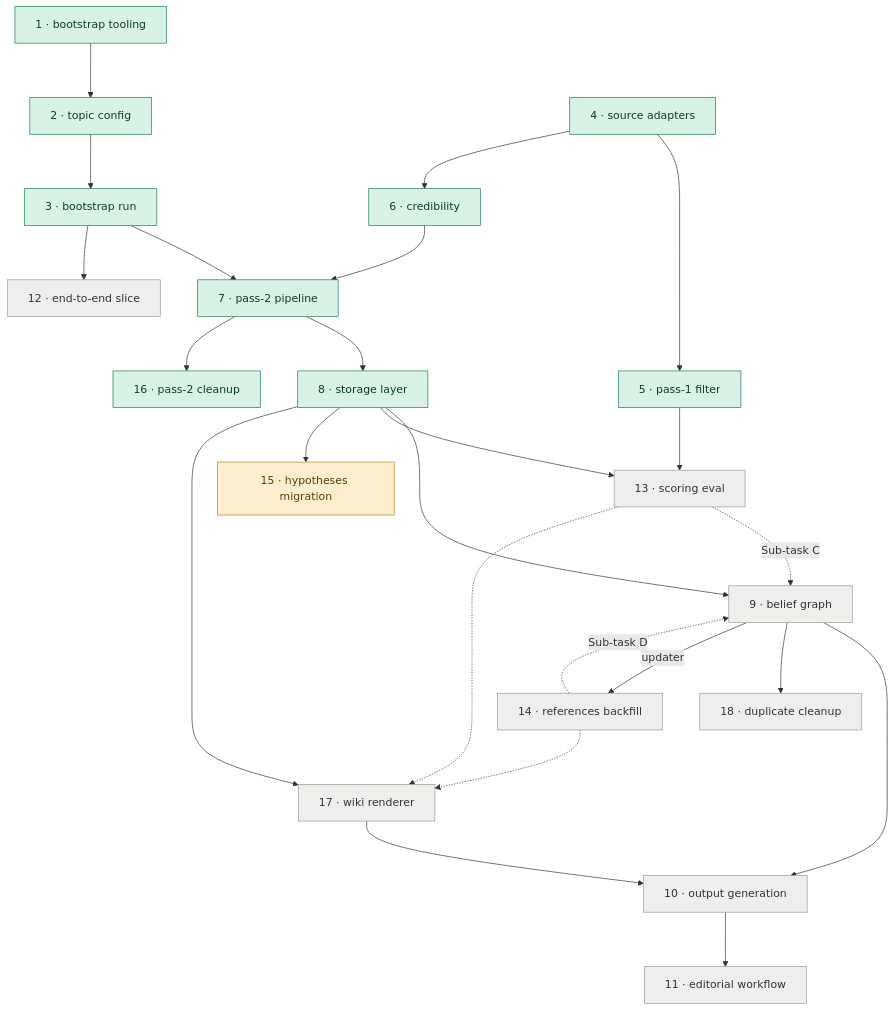
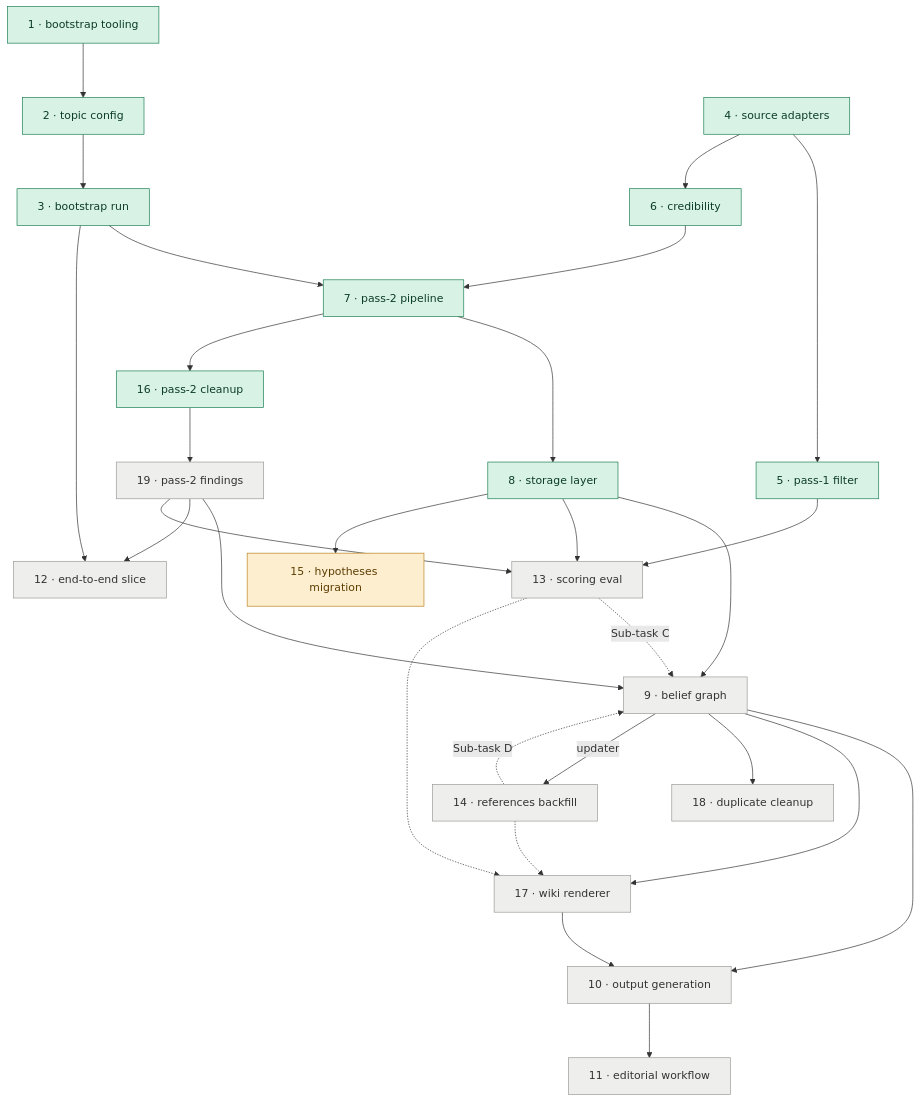
The diagram in docs/planning/README.md (jmamath/distill), drawn with Mermaid before and after one commit. The commit also changed other lines of this file and 7 other files, not shown here.

First line of the commit message:
Reframe pipeline around graph-first finding interpretation

````diff
--- a/docs/planning/README.md
+++ b/docs/planning/README.md
@@ -21,51 +21,56 @@
 ```mermaid
 %%{init: {'flowchart': {'nodeSpacing': 55, 'rankSpacing': 80}}}%%
 flowchart TB
     p1["1 · bootstrap tooling"]:::done
     p2["2 · topic config"]:::done
     p3["3 · bootstrap run"]:::done
     p4["4 · source adapters"]:::done
     p5["5 · pass-1 filter"]:::done
     p6["6 · credibility"]:::done
     p7["7 · pass-2 pipeline"]:::done
     p8["8 · storage layer"]:::done
     p16["16 · pass-2 cleanup"]:::done
     p15["15 · hypotheses migration"]:::doing
     p9["9 · belief graph"]:::backlog
     p10["10 · output generation"]:::backlog
     p11["11 · editorial workflow"]:::backlog
     p12["12 · end-to-end slice"]:::backlog
     p13["13 · scoring eval"]:::backlog
     p14["14 · references backfill"]:::backlog
     p17["17 · wiki renderer"]:::backlog
     p18["18 · duplicate cleanup"]:::backlog
+    p19["19 · pass-2 findings"]:::backlog
 
     p1 --> p2
     p2 --> p3
     p3 --> p7
     p3 --> p12
     p4 --> p5
     p4 --> p6
     p6 --> p7
     p5 --> p13
     p7 --> p8
     p7 --> p16
+    p16 --> p19
     p8 --> p9
     p8 --> p13
     p8 --> p15
-    p8 --> p17
     p9 --> p10
+    p9 --> p17
     p9 --> p18
     p9 -->|updater| p14
+    p19 --> p9
+    p19 --> p12
+    p19 --> p13
     p17 --> p10
     p10 --> p11
 
     p13 -.->|Sub-task C| p9
     p14 -.->|Sub-task D| p9
     p13 -.-> p17
     p14 -.-> p17
 
     classDef done fill:#d9f2e6,stroke:#1a7f52,color:#0b3d26;
     classDef doing fill:#fdeecf,stroke:#b9821f,color:#5c3d00;
     classDef backlog fill:#eeeeec,stroke:#9a9a96,color:#333333;
 ```
````
